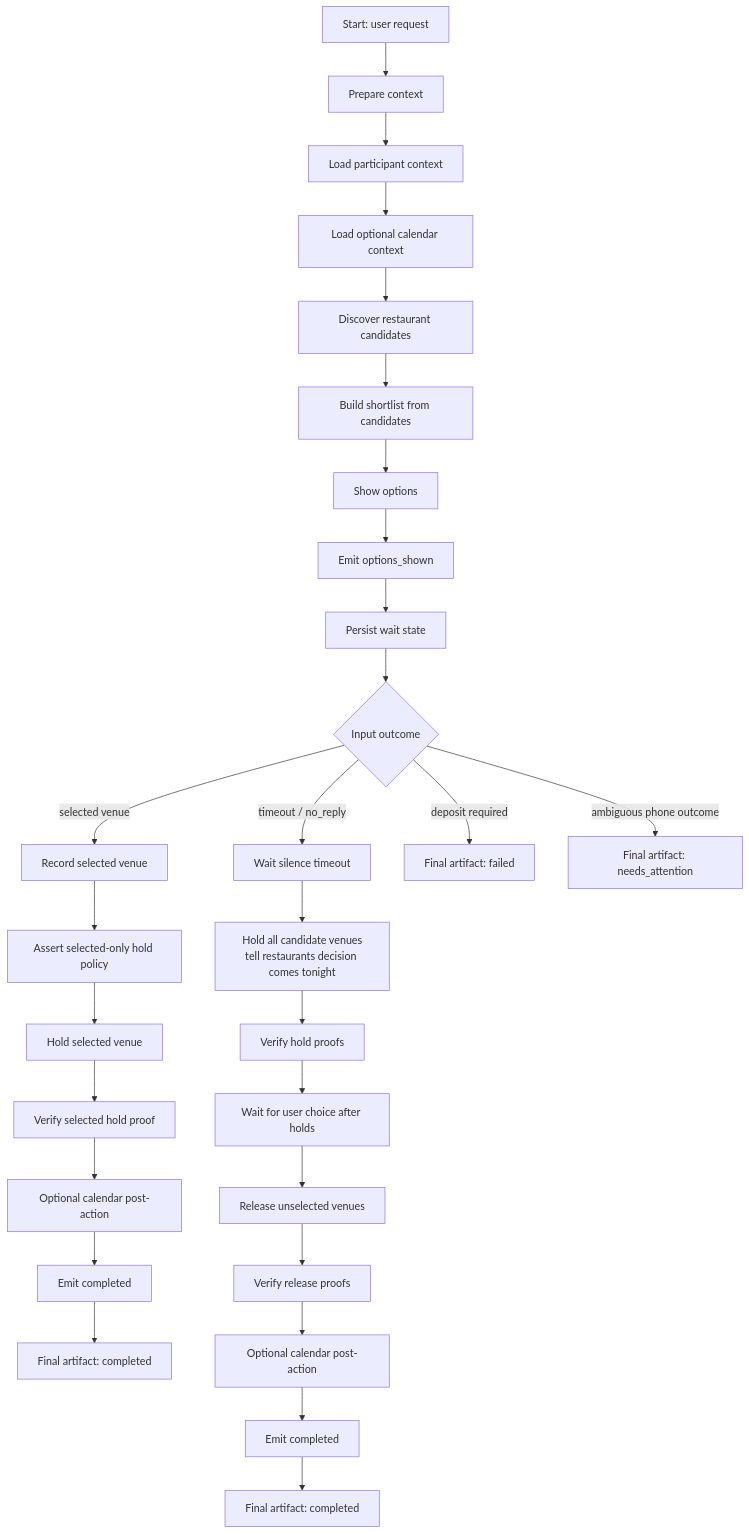
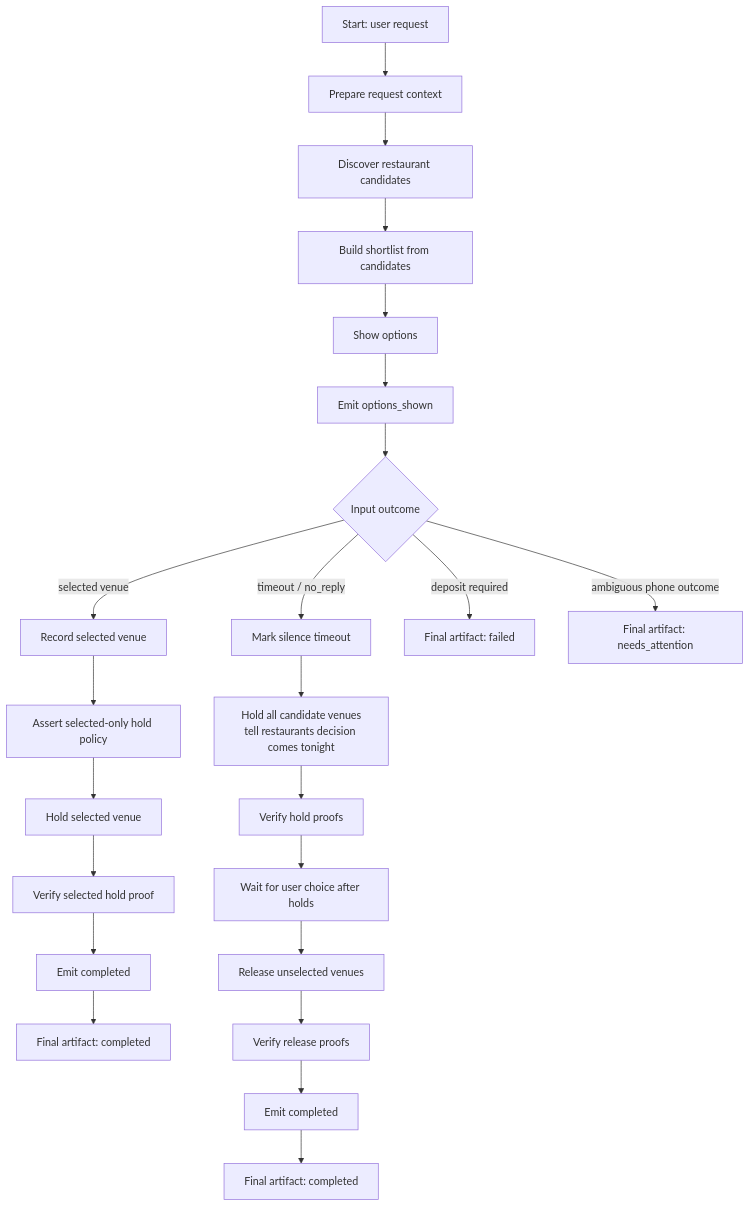
One commit to aevatarAI/aevatar changed the diagram in docs/history/2026-08-24-dinner-date-workflow-spec.md. Above: the diagram before and after it, drawn with Mermaid. The commit also changed other lines of this file and 9 other files, not shown here.

````diff
--- a/docs/history/2026-08-24-dinner-date-workflow-spec.md
+++ b/docs/history/2026-08-24-dinner-date-workflow-spec.md
@@ -13,34 +13,29 @@
 ```mermaid
 %%{init: {"flowchart": {"curve": "basis"}}}%%
 flowchart TD
-    A["Start: user request"] --> B["Prepare context"]
-    B --> C["Load participant context"]
-    C --> D["Load optional calendar context"]
-    D --> E["Discover restaurant candidates"]
-    E --> F["Build shortlist from candidates"]
-    F --> G["Show options"]
-    G --> H["Emit options_shown"]
-    H --> I["Persist wait state"]
-    I --> J{"Input outcome"}
+    A["Start: user request"] --> B["Prepare request context"]
+    B --> C["Discover restaurant candidates"]
+    C --> D["Build shortlist from candidates"]
+    D --> E["Show options"]
+    E --> F["Emit options_shown"]
+    F --> G{"Input outcome"}
 
-    J -->|"selected venue"| K["Record selected venue"]
-    K --> L["Assert selected-only hold policy"]
-    L --> M["Hold selected venue"]
-    M --> N["Verify selected hold proof"]
-    N --> O["Optional calendar post-action"]
-    O --> P["Emit completed"]
-    P --> Q["Final artifact: completed"]
+    G -->|"selected venue"| H["Record selected venue"]
+    H --> I["Assert selected-only hold policy"]
+    I --> J["Hold selected venue"]
+    J --> K["Verify selected hold proof"]
+    K --> L["Emit completed"]
+    L --> M["Final artifact: completed"]
 
-    J -->|"timeout / no_reply"| R["Wait silence timeout"]
-    R --> S["Hold all candidate venues<br/>tell restaurants decision comes tonight"]
-    S --> T["Verify hold proofs"]
-    T --> U["Wait for user choice after holds"]
-    U --> V["Release unselected venues"]
-    V --> W["Verify release proofs"]
-    W --> X["Optional calendar post-action"]
-    X --> Y["Emit completed"]
-    Y --> Z["Final artifact: completed"]
+    G -->|"timeout / no_reply"| N["Mark silence timeout"]
+    N --> O["Hold all candidate venues<br/>tell restaurants decision comes tonight"]
+    O --> P["Verify hold proofs"]
+    P --> Q["Wait for user choice after holds"]
+    Q --> R["Release unselected venues"]
+    R --> S["Verify release proofs"]
+    S --> T["Emit completed"]
+    T --> U["Final artifact: completed"]
 
-    J -->|"deposit required"| AA["Final artifact: failed"]
-    J -->|"ambiguous phone outcome"| AB["Final artifact: needs_attention"]
+    G -->|"deposit required"| V["Final artifact: failed"]
+    G -->|"ambiguous phone outcome"| W["Final artifact: needs_attention"]
 ```
````
